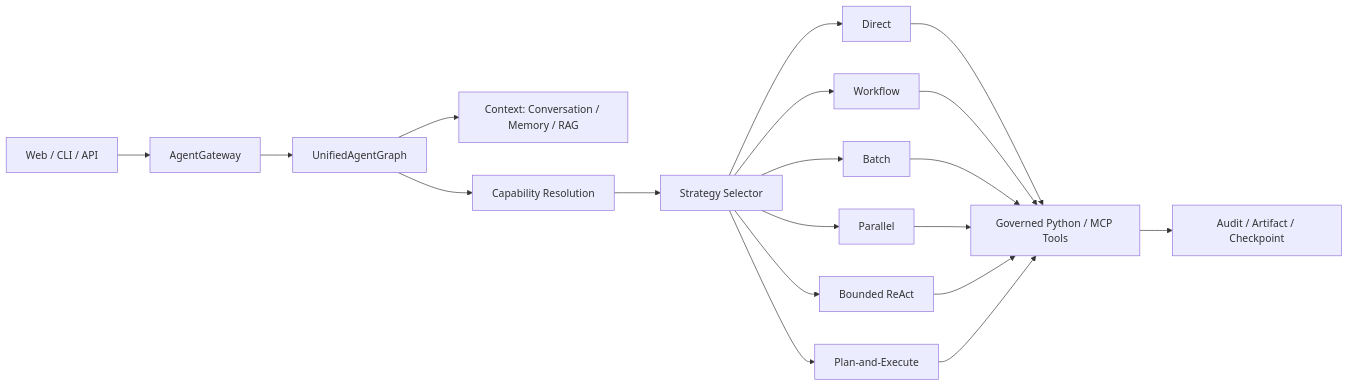
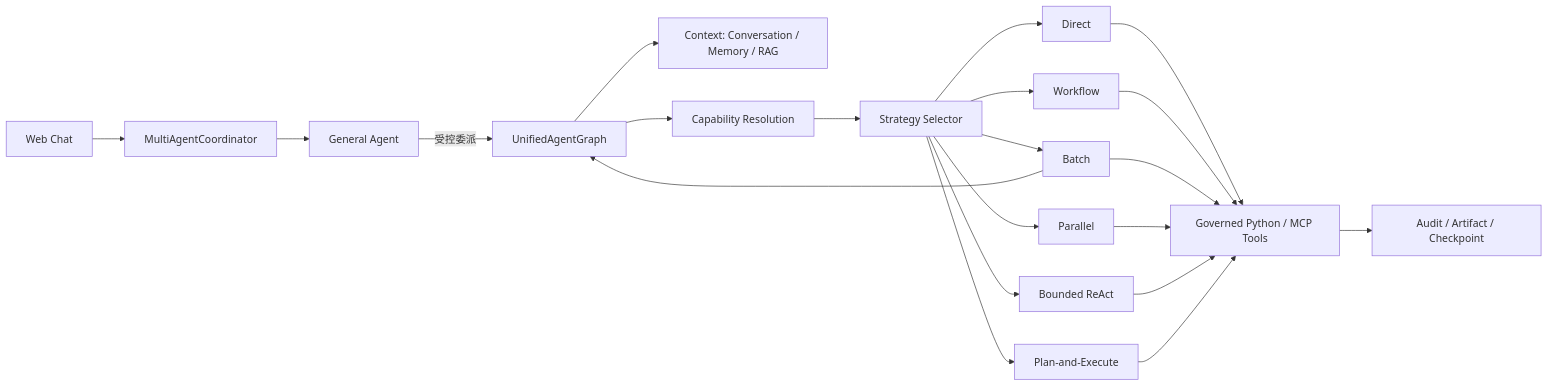
One commit to leo-cai-ai/agentkit changed the diagram in README.md. Above: the diagram before and after it, drawn with Mermaid. The commit also changed other lines of this file and 54 other files, not shown here.

Commit message:
feat: 实现 General Agent 多 Agent 聊天入口

````diff
--- a/README.md
+++ b/README.md
@@ -15,16 +17,18 @@
 ```mermaid
 flowchart LR
-    A[Web / CLI / API] --> G[AgentGateway]
-    G --> U[UnifiedAgentGraph]
+    A[Web Chat] --> M[MultiAgentCoordinator]
+    M --> G[General Agent]
+    G -->|受控委派| U[UnifiedAgentGraph]
+    B[CLI / Task API] --> U
     U --> C[Context: Conversation / Memory / RAG]
     U --> R[Capability Resolution]
     R --> S[Strategy Selector]
     S --> D[Direct]
     S --> W[Workflow]
     S --> B[Batch]
     S --> P[Parallel]
     S --> X[Bounded ReAct]
     S --> E[Plan-and-Execute]
     D & W & B & P & X & E --> T[Governed Python / MCP Tools]
     T --> A2[Audit / Artifact / Checkpoint]
 ```
````
